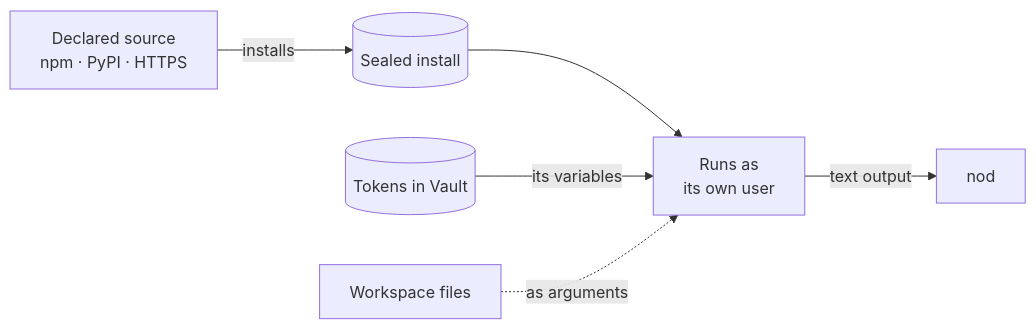
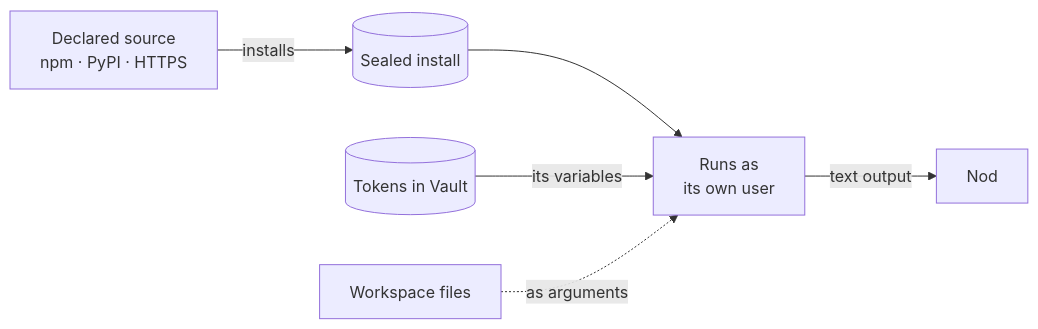
One commit to KrishBhimani/nod changed the diagram in docs/src/content/docs/connect/mcp-api-cli.md. Above: the diagram before and after it, drawn with Mermaid. The commit also changed other lines of this file and 275 other files, not shown here.

Commit message:
chore: capitalise Nod in prose, UI text and docs (#481)

````diff
--- a/docs/src/content/docs/connect/mcp-api-cli.md
+++ b/docs/src/content/docs/connect/mcp-api-cli.md
@@ -56,8 +56,8 @@
 ```mermaid
 flowchart LR
   source[Declared source<br/>npm · PyPI · HTTPS] -- installs --> sealed[(Sealed install)]
   sealed --> runner[Runs as<br/>its own user]:::go
   token[(Tokens in Vault)]:::accent -- its variables --> runner
   files[Workspace files]:::muted -. as arguments .-> runner
-  runner -- text output --> nod[nod]
+  runner -- text output --> Nod[Nod]
 ```
````
